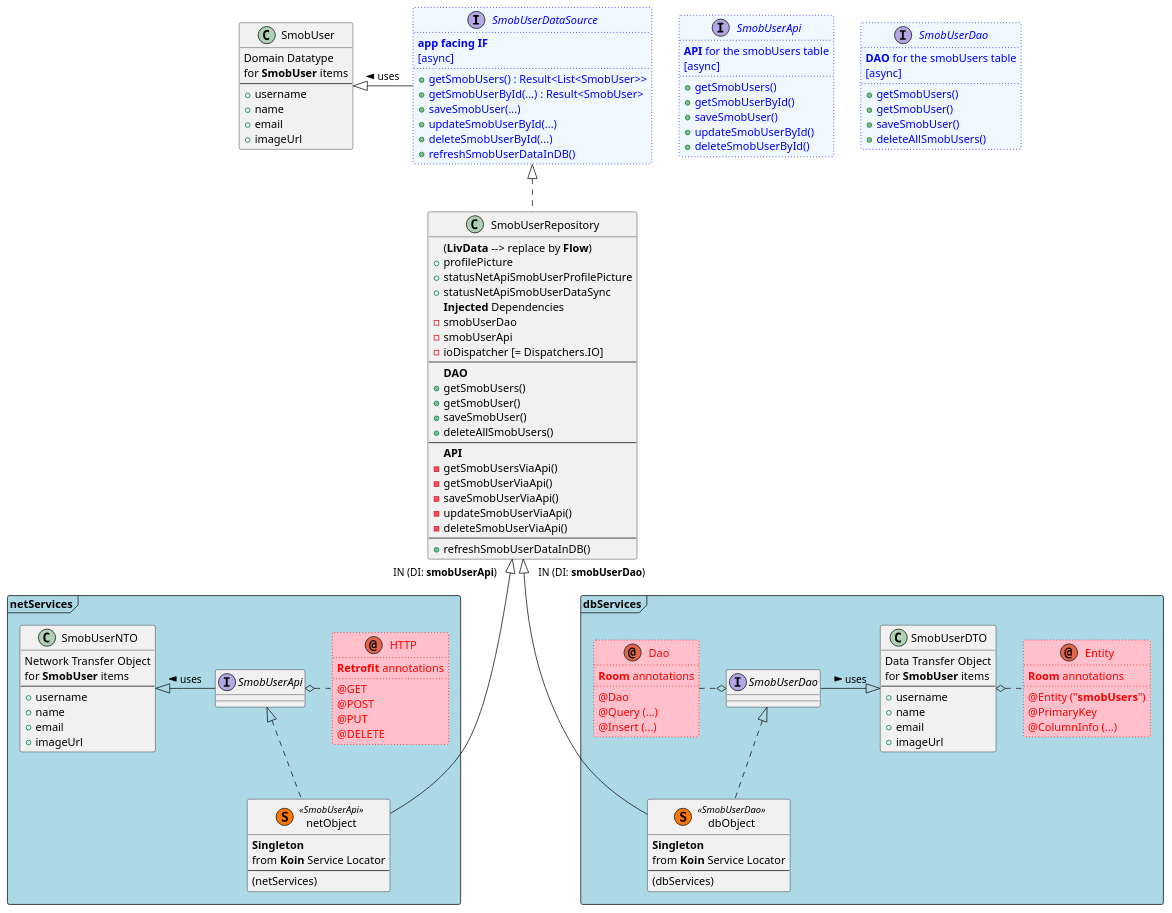
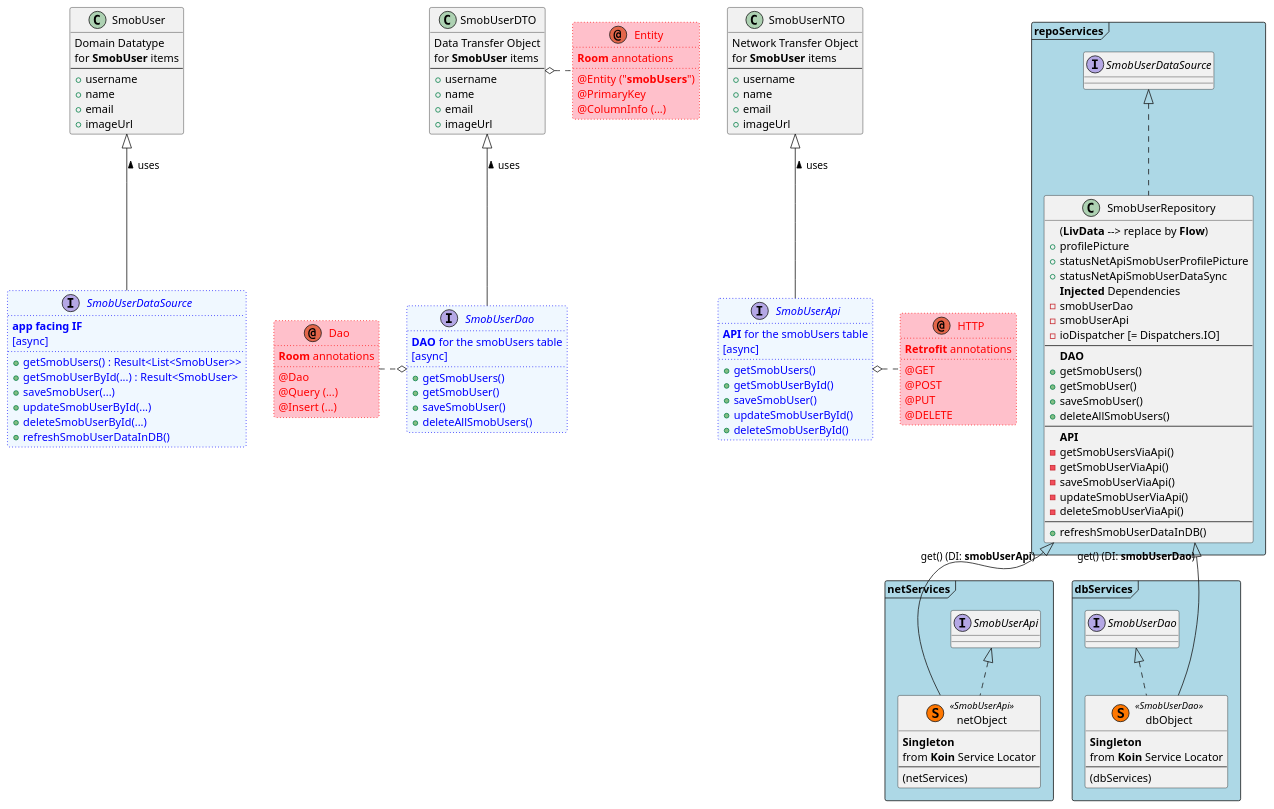
One commit to fwornle/ShopMob changed the diagram in doc/puml/smobUserRepository.md. Above: the diagram before and after it, drawn with PlantUML. The commit also changed 1 other file, not shown here.

Commit message:
Refinement: UML for localDB

````diff
--- a/doc/puml/smobUserRepository.md
+++ b/doc/puml/smobUserRepository.md
@@ -1,30 +1,66 @@
 ```plantuml
 @startuml
-class SmobUserRepository implements SmobUserDataSource {
-  (**LivData** --> replace by **Flow**)
-  +profilePicture
-  +statusNetApiSmobUserProfilePicture
-  +statusNetApiSmobUserDataSync
-  **Injected** Dependencies
-  -smobUserDao
-  -smobUserApi
-  -ioDispatcher [= Dispatchers.IO]
-  ---
-  **DAO**
-  +getSmobUsers()
-  +getSmobUser()
-  +saveSmobUser()
-  +deleteAllSmobUsers()
-  ---
-  **API**
-  -getSmobUsersViaApi()
-  -getSmobUserViaApi()
-  -saveSmobUserViaApi()
-  -updateSmobUserViaApi()
-  -deleteSmobUserViaApi()
-  ---
+interface SmobUserDataSource #aliceblue;line:blue;line.dotted;text:blue {
+  **app facing IF**
+  [async]
+  +getSmobUsers() : Result<List<SmobUser>>
+  +getSmobUserById(...) : Result<SmobUser>
+  +saveSmobUser(...)
+  +updateSmobUserById(...)
+  +deleteSmobUserById(...)
   +refreshSmobUserDataInDB()
 }
+
+frame "repoServices" #Lightblue {
+    class SmobUserRepository implements SmobUserDataSource {
+      (**LivData** --> replace by **Flow**)
+      +profilePicture
+      +statusNetApiSmobUserProfilePicture
+      +statusNetApiSmobUserDataSync
+      **Injected** Dependencies
+      -smobUserDao
+      -smobUserApi
+      -ioDispatcher [= Dispatchers.IO]
+      ---
+      **DAO**
+      +getSmobUsers()
+      +getSmobUser()
+      +saveSmobUser()
+      +deleteAllSmobUsers()
+      ---
+      **API**
+      -getSmobUsersViaApi()
+      -getSmobUserViaApi()
+      -saveSmobUserViaApi()
+      -updateSmobUserViaApi()
+      -deleteSmobUserViaApi()
+      ---
+      +refreshSmobUserDataInDB()
+    }
+}
+
+    
+class SmobUserNTO {
+    Network Transfer Object
+    for **SmobUser** items
+    ---
+    +username
+    +name
+    +email
+    +imageUrl
+}
+
+SmobUserApi -up-|> SmobUserNTO : uses >    
+
+annotation HTTP #pink;line:red;line.dotted;text:red {
+   **Retrofit** annotations
+   {method} @GET
+   {method} @POST
+   {method} @PUT
+   {method} @DELETE
+}
+
+SmobUserApi o-right. HTTP
 
 frame "netServices" #Lightblue {
     class netObject << (S,#FF7700) SmobUserApi>> implements SmobUserApi {
@@ -33,30 +69,38 @@
         ---
         (netServices)
     }
+}
+
     
-    class SmobUserNTO {
-    Network Transfer Object
+class SmobUserDTO {
+    Data Transfer Object
     for **SmobUser** items
     ---
     +username
     +name
     +email
     +imageUrl
-    }
+}
     
-    SmobUserApi -left-|> SmobUserNTO : uses >    
+SmobUserDao -up-|> SmobUserDTO : uses >
 
-    annotation HTTP #pink;line:red;line.dotted;text:red {
-       **Retrofit** annotations
-       {method} @GET
-       {method} @POST
-       {method} @PUT
-       {method} @DELETE
-    }
-    
-    
-    SmobUserApi o-right. HTTP
+annotation Entity #pink;line:red;line.dotted;text:red {
+   **Room** annotations
+   {method} @Entity ("**smobUsers**")
+   {method} @PrimaryKey
+   {method} @ColumnInfo (...)
 }
+
+SmobUserDTO o-right. Entity
+
+annotation Dao #pink;line:red;line.dotted;text:red {
+   **Room** annotations
+   {method} @Dao
+   {method} @Query (...)
+   {method} @Insert (...)
+}
+
+SmobUserDao o-left. Dao
 
 frame "dbServices" #Lightblue {
     class dbObject << (S,#FF7700) SmobUserDao>> implements SmobUserDao {
@@ -65,37 +109,6 @@
         ---
         (dbServices)
     }
-    
-    class SmobUserDTO {
-    Data Transfer Object
-    for **SmobUser** items
-    ---
-    +username
-    +name
-    +email
-    +imageUrl
-    }
-    
-    SmobUserDao -right-|> SmobUserDTO : uses >
-    
-    annotation Entity #pink;line:red;line.dotted;text:red {
-       **Room** annotations
-       {method} @Entity ("**smobUsers**")
-       {method} @PrimaryKey
-       {method} @ColumnInfo (...)
-    }
-    
-    SmobUserDTO o-right. Entity
-
-    annotation Dao #pink;line:red;line.dotted;text:red {
-       **Room** annotations
-       {method} @Dao
-       {method} @Query (...)
-       {method} @Insert (...)
-    }
-    
-    SmobUserDao o-left. Dao
-
 }
 
 interface SmobUserApi #aliceblue;line:blue;line.dotted;text:blue {
@@ -117,17 +130,6 @@
   +deleteAllSmobUsers()
 }
 
-interface SmobUserDataSource #aliceblue;line:blue;line.dotted;text:blue {
-  **app facing IF**
-  [async]
-  +getSmobUsers() : Result<List<SmobUser>>
-  +getSmobUserById(...) : Result<SmobUser>
-  +saveSmobUser(...)
-  +updateSmobUserById(...)
-  +deleteSmobUserById(...)
-  +refreshSmobUserDataInDB()
-}
-
 class SmobUser {
 Domain Datatype
 for **SmobUser** items
@@ -138,10 +140,10 @@
 +imageUrl
 }
 
-SmobUserDataSource -left-|> SmobUser : uses >
+SmobUserDataSource -up-|> SmobUser : uses >
 
 
-SmobUserRepository <|-down-- dbObject : "     IN (DI: **smobUserDao**)" " "
-SmobUserRepository <|-down-- netObject :"IN (DI: **smobUserApi**)     " " "
+SmobUserRepository <|-down-- dbObject : "     get() (DI: **smobUserDao**)" " "
+SmobUserRepository <|-down-- netObject :"get() (DI: **smobUserApi**)     " " "
 @enduml
 ```
````
